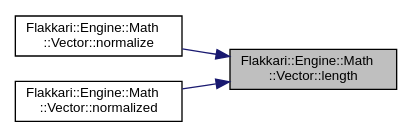
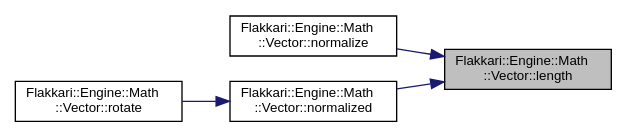
One commit to MasterLaplace/flakkari changed the diagram in de/d55/structFlakkari_1_1Engine_1_1Math_1_1Vector_a82ffaa575a9c866224ec471e8067b8e6_icgraph.dot. Above: the diagram before and after it, drawn with Graphviz. The commit also changed 249 other files, not shown here.

```diff
--- a/de/d55/structFlakkari_1_1Engine_1_1Math_1_1Vector_a82ffaa575a9c866224ec471e8067b8e6_icgraph.dot
+++ b/de/d55/structFlakkari_1_1Engine_1_1Math_1_1Vector_a82ffaa575a9c866224ec471e8067b8e6_icgraph.dot
@@ -1,12 +1,14 @@
 digraph "Flakkari::Engine::Math::Vector::length"
 {
  // LATEX_PDF_SIZE
   edge [fontname="Helvetica",fontsize="10",labelfontname="Helvetica",labelfontsize="10"];
   node [fontname="Helvetica",fontsize="10",shape=record];
   rankdir="RL";
   Node1 [label="Flakkari::Engine::Math\l::Vector::length",height=0.2,width=0.4,color="black", fillcolor="grey75", style="filled", fontcolor="black",tooltip=" "];
   Node1 -> Node2 [dir="back",color="midnightblue",fontsize="10",style="solid",fontname="Helvetica"];
   Node2 [label="Flakkari::Engine::Math\l::Vector::normalize",height=0.2,width=0.4,color="black", fillcolor="white", style="filled",URL="$de/d55/structFlakkari_1_1Engine_1_1Math_1_1Vector.html#ad50813ef6ff128c116cc2fcdf7c08201",tooltip=" "];
   Node1 -> Node3 [dir="back",color="midnightblue",fontsize="10",style="solid",fontname="Helvetica"];
   Node3 [label="Flakkari::Engine::Math\l::Vector::normalized",height=0.2,width=0.4,color="black", fillcolor="white", style="filled",URL="$de/d55/structFlakkari_1_1Engine_1_1Math_1_1Vector.html#adbc7111875b242a2b1d9f3dc98ed5cca",tooltip=" "];
+  Node3 -> Node4 [dir="back",color="midnightblue",fontsize="10",style="solid",fontname="Helvetica"];
+  Node4 [label="Flakkari::Engine::Math\l::Vector::rotate",height=0.2,width=0.4,color="black", fillcolor="white", style="filled",URL="$de/d55/structFlakkari_1_1Engine_1_1Math_1_1Vector.html#a3ceb92a1a8b480666637854707be73e3",tooltip="Rotate the vector around an axis by an angle in radians."];
 }
```
